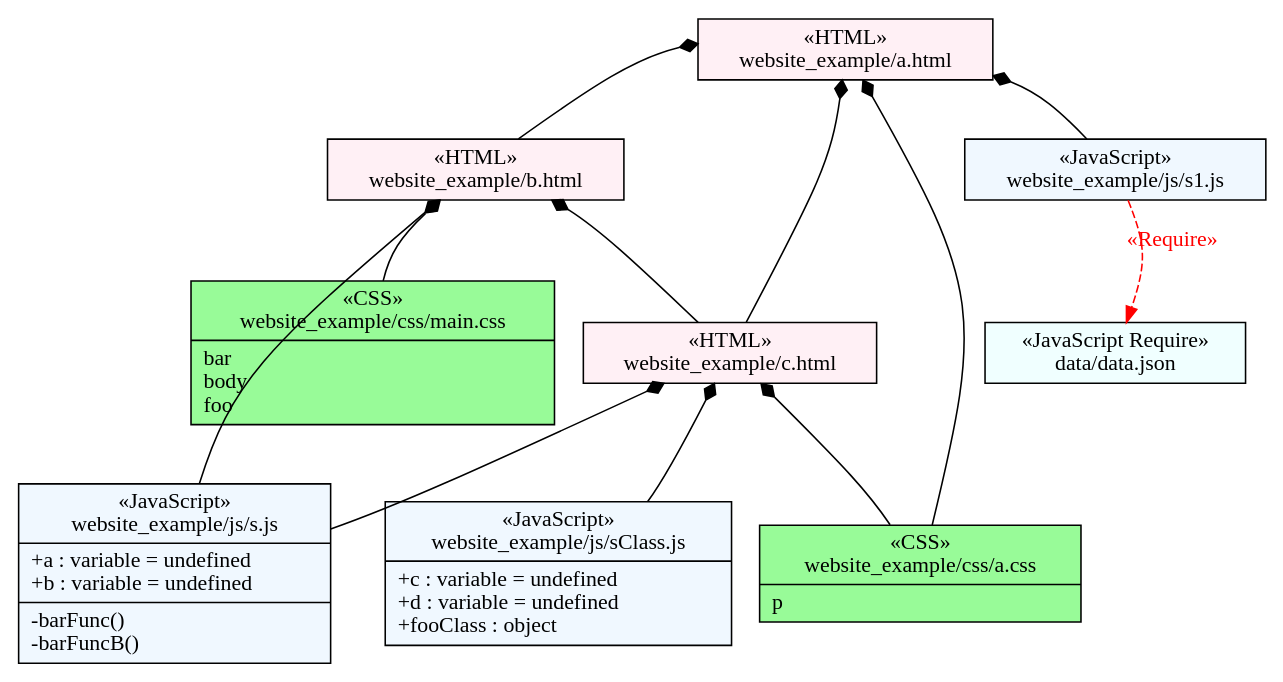
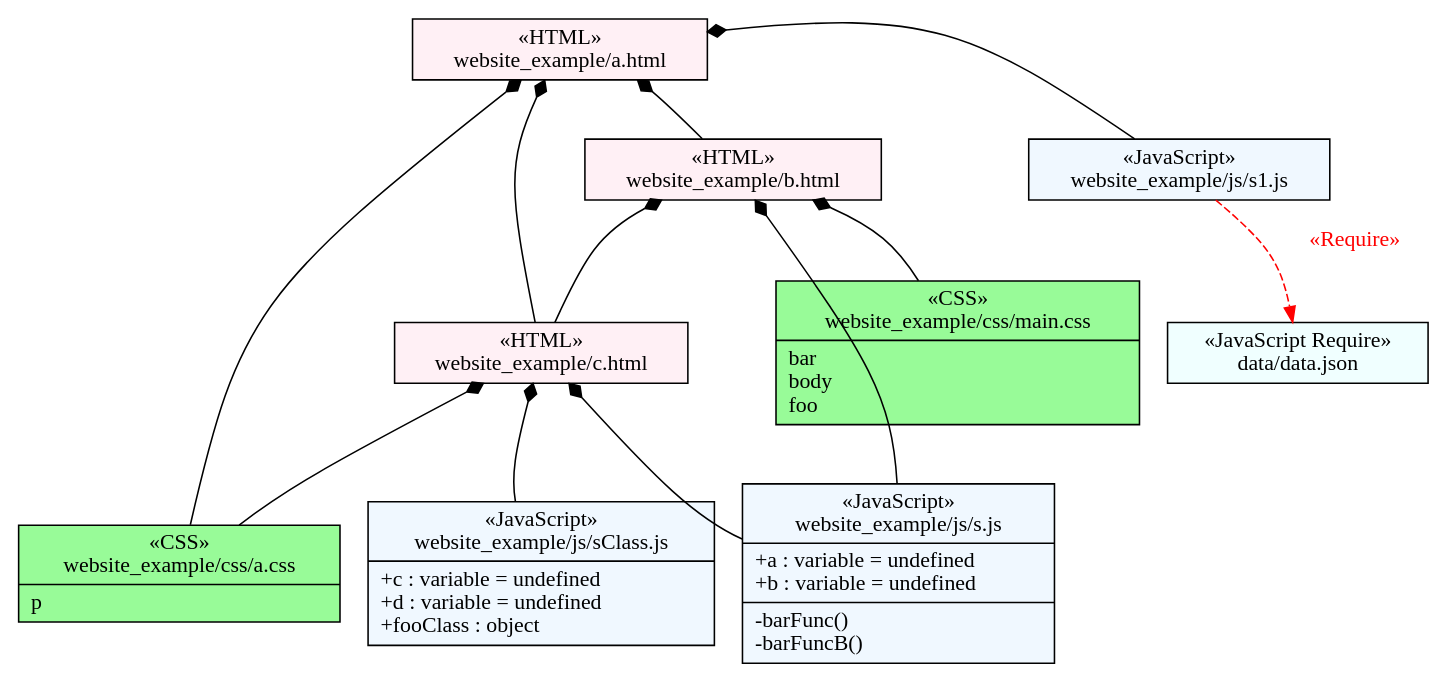
The diagram in example/result/example.dot (bakunin95/wavi), drawn with Graphviz before and after one commit. The commit also changed 4 other files, not shown here.

```diff
--- a/example/result/example.dot
+++ b/example/result/example.dot
@@ -1,118 +1,118 @@
 digraph G {
-	graph [bb="0,0,869.39,597.94",
+	graph [bb="0,0,899.3,638.72",
 		overlap=false,
 		rankdir=TB,
 		sep=1,
 		splines=curved
 	];
 	node [label="\N"];
 	n0	 [fillcolor=lavenderblush,
 		height=0.54167,
 		label="{&laquo;HTML»\nwebsite_example/a.html}",
-		pos="466.69,310.91",
-		rects="392.19,291.91,541.19,329.91",
+		pos="485.66,300.54",
+		rects="411.16,281.54,560.16,319.54",
 		shape=record,
 		style=filled,
 		width=2.0694];
 	n2	 [fillcolor=lavenderblush,
 		height=0.54167,
 		label="{&laquo;HTML»\nwebsite_example/c.html}",
-		pos="640.08,394.39",
-		rects="565.08,375.39,715.08,413.39",
+		pos="669.11,215.61",
+		rects="594.11,196.61,744.11,234.61",
 		shape=record,
 		style=filled,
 		width=2.0833];
 	n0 -> n2	 [arrowtail=diamond,
 		dir=back,
-		pos="s,506.98,329.97 517.99,335.19 563.07,356.53 582.69,365.9 601.67,375.24"];
+		pos="s,526.32,281.52 537.39,276.34 585.65,253.78 606.8,243.94 627.02,234.7"];
+	n3	 [fillcolor=palegreen,
+		height=0.86111,
+		label="{&laquo;CSS»\nwebsite_example/css/a.css|p\l}",
+		pos="508.23,130.36",
+		rects="424.73,122.86,591.73,160.86 424.73,99.863,591.73,122.86",
+		shape=record,
+		style=filled,
+		width=2.3194];
+	n0 -> n3	 [arrowtail=diamond,
+		dir=back,
+		pos="s,489.88,281.25 492.49,269.3 506.34,205.69 509.76,186.69 509.51,161.23"];
 	n1	 [fillcolor=lavenderblush,
 		height=0.54167,
 		label="{&laquo;HTML»\nwebsite_example/b.html}",
-		pos="647.28,215.42",
-		rects="571.78,196.42,722.78,234.42",
+		pos="669.43,405.03",
+		rects="593.93,386.03,744.93,424.03",
 		shape=record,
 		style=filled,
 		width=2.0972];
 	n0 -> n1	 [arrowtail=diamond,
 		dir=back,
-		pos="s,508.36,291.83 519.32,286.79 577.71,259.88 596.29,250.37 619.86,234.57"];
-	n6	 [fillcolor=palegreen,
-		height=0.86111,
-		label="{&laquo;CSS»\nwebsite_example/css/a.css|p\l}",
-		pos="484.61,476.53",
-		rects="401.11,469.03,568.11,507.03 401.11,446.03,568.11,469.03",
-		shape=record,
-		style=filled,
-		width=2.3194];
-	n0 -> n6	 [arrowtail=diamond,
-		dir=back,
-		pos="s,470.42,330 472.73,341.88 484.55,402.81 487.48,421.54 486.68,445.8"];
-	n5	 [fillcolor=aliceblue,
+		pos="s,525.94,319.65 536.82,324.85 602.06,356.03 619.89,365.9 645.77,386.01"];
+	n6	 [fillcolor=aliceblue,
 		height=0.54167,
 		label="{&laquo;JavaScript»\nwebsite_example/js/s1.js}",
-		pos="249.3,286.05",
-		rects="172.3,267.05,326.3,305.05",
+		pos="257.96,321.91",
+		rects="180.96,302.91,334.96,340.91",
 		shape=record,
 		style=filled,
 		width=2.1389];
-	n0 -> n5	 [arrowtail=diamond,
+	n0 -> n6	 [arrowtail=diamond,
 		dir=back,
-		pos="s,392.01,304.63 379.85,303.58 356.96,301.57 340.32,299.98 326.54,298.43"];
-	n7	 [fillcolor=palegreen,
+		pos="s,411.02,303.4 398.81,303.92 370.54,305.17 351.12,306.32 335.16,307.9"];
+	n7	 [fillcolor=aliceblue,
+		height=1.2778,
+		label="{&laquo;JavaScript»\nwebsite_example/js/sClass.js|+c : variable = undefined\l+d : variable = undefined\l+fooClass : object\l}",
+		pos="789.99,46",
+		rects="700.99,53.5,878.99,91.5 700.99,0.5,878.99,53.5",
+		shape=record,
+		style=filled,
+		width=2.4722];
+	n4	 [fillcolor=palegreen,
 		height=1.2778,
 		label="{&laquo;CSS»\nwebsite_example/css/main.css|bar\lbody\lfoo\l}",
-		pos="739.11,46",
-		rects="645.61,53.5,832.61,91.5 645.61,0.5,832.61,53.5",
+		pos="746.76,592.72",
+		rects="653.26,600.22,840.26,638.22 653.26,547.22,840.26,600.22",
 		shape=record,
 		style=filled,
 		width=2.5972];
-	n4	 [fillcolor=aliceblue,
-		height=1.2778,
-		label="{&laquo;JavaScript»\nwebsite_example/js/sClass.js|+c : variable = undefined\l+d : variable = undefined\l+fooClass : object\l}",
-		pos="755.38,551.94",
-		rects="666.38,559.44,844.38,597.44 666.38,506.44,844.38,559.44",
-		shape=record,
-		style=filled,
-		width=2.4722];
-	n2 -> n4	 [arrowtail=diamond,
+	n2 -> n7	 [arrowtail=diamond,
 		dir=back,
-		pos="s,657.35,413.61 665.59,422.8 705.2,467.04 721.54,486.3 733.35,506.2"];
-	n2 -> n6	 [arrowtail=diamond,
-		dir=back,
-		pos="s,624.43,413.69 616.54,423.1 599.56,442.83 587.5,453.02 568.42,459.98"];
-	n3	 [fillcolor=aliceblue,
+		pos="s,685.84,196.57 694.03,187.23 739.55,135.26 756.54,114.69 769.22,91.561"];
+	n5	 [fillcolor=aliceblue,
 		height=1.5972,
 		label="{&laquo;JavaScript»\nwebsite_example/js/s.js|+a : variable = undefined\l+b : variable = undefined\l|-barFunc()\l-barFuncB()\l}",
-		pos="791.39,300.42",
-		rects="713.39,319.42,869.39,357.42 713.39,281.42,869.39,319.42 713.39,243.42,869.39,281.42",
+		pos="821.3,320.02",
+		rects="743.3,339.02,899.3,377.02 743.3,301.02,899.3,339.02 743.3,263.02,899.3,301.02",
 		shape=record,
 		style=filled,
 		width=2.1667];
+	n2 -> n5	 [arrowtail=diamond,
+		dir=back,
+		pos="s,715.59,234.75 726.67,239.48 747.38,248.47 761.4,255.48 772.39,263"];
 	n2 -> n3	 [arrowtail=diamond,
 		dir=back,
-		pos="s,691.26,375.23 702.55,370.78 714.66,365.91 724.29,361.66 732.36,357.45"];
-	n1 -> n7	 [arrowtail=diamond,
-		dir=back,
-		pos="s,661.45,196.24 668.74,186.37 706.2,135.45 719.53,115.54 727.76,91.545"];
-	n1 -> n2	 [arrowtail=diamond,
-		dir=back,
-		pos="s,654.08,234.6 658.01,245.97 677,301.9 675.05,315.03 648.54,375.31"];
-	n1 -> n3	 [arrowtail=diamond,
-		dir=back,
-		pos="s,699.56,234.45 710.79,238.79 714.76,240.37 718.43,241.87 721.85,243.34"];
-	n21	 [fillcolor=azure,
+		pos="s,653.52,196.3 645.65,186.87 626.77,164.74 613.88,153.98 591.89,146.59"];
+	n13	 [fillcolor=azure,
 		height=0.54167,
 		label="{&laquo;JavaScript Require»\ndata/data.json}",
-		pos="68.5,295.74",
-		rects="2.8422e-014,276.74,137,314.74",
+		pos="68.5,311.7",
+		rects="2.8422e-014,292.7,137,330.7",
 		shape=record,
 		style=filled,
 		width=1.9028];
-	n5 -> n21	 [arrowtail=vee,
+	n1 -> n4	 [arrowtail=diamond,
+		dir=back,
+		pos="s,681.17,424.12 687.48,434.42 725.4,496.36 736.91,517.71 742.08,547.15"];
+	n1 -> n2	 [arrowtail=diamond,
+		dir=back,
+		pos="s,677.01,385.6 681.42,374.07 704.44,313.04 703.01,299.6 676.95,234.91"];
+	n1 -> n5	 [arrowtail=diamond,
+		dir=back,
+		pos="s,724.72,385.97 736.07,381.81 740.35,380.2 744.31,378.66 747.98,377.16"];
+	n6 -> n13	 [arrowtail=vee,
 		color=red,
 		fontcolor=red,
 		label=«Require»,
-		lp="140.19,281.56",
-		pos="e,137.05,289.83 172.25,288.43 162.6,288.76 154.35,289.07 147.07,289.38",
+		lp="159.1,310.25",
+		pos="e,137.21,316.68 180.83,318.71 167.57,318.14 156.75,317.65 147.47,317.2",
 		style=dashed];
 }
```
